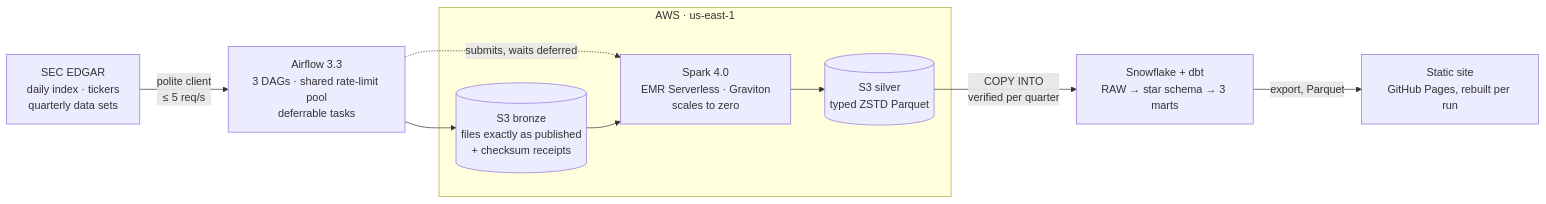
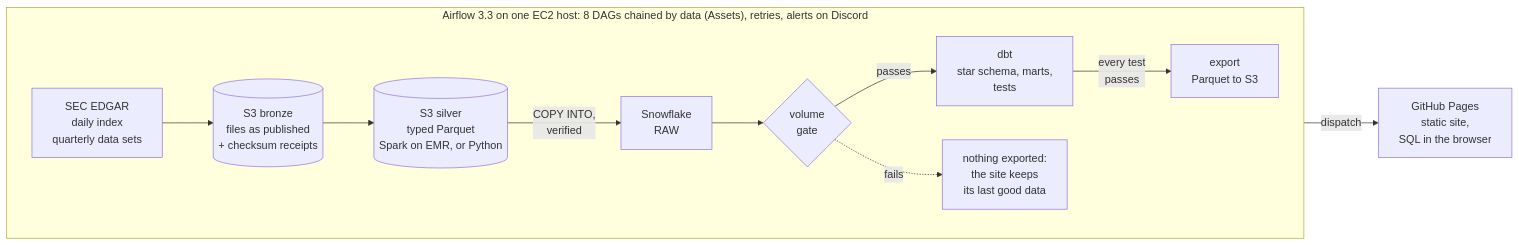
One commit to DiegoFranGarcia/Earnings-Watch changed the diagram in README.md. Above: the diagram before and after it, drawn with Mermaid. The commit also changed other lines of this file, not shown here.

````diff
--- a/README.md
+++ b/README.md
@@ -38,15 +63,14 @@
 ```mermaid
 flowchart LR
-    SEC["SEC EDGAR<br/>daily index · tickers<br/>quarterly data sets"]
-    AF["Airflow 3.3<br/>3 DAGs · shared rate-limit pool<br/>deferrable tasks"]
-    subgraph AWS["AWS · us-east-1"]
-        BR[("S3 bronze<br/>files exactly as published<br/>+ checksum receipts")]
-        EMR["Spark 4.0<br/>EMR Serverless · Graviton<br/>scales to zero"]
-        SI[("S3 silver<br/>typed ZSTD Parquet")]
+    subgraph AF["Airflow 3.3 on one EC2 host: 8 DAGs chained by data (Assets), retries, alerts on Discord"]
+        direction LR
+        SEC["SEC EDGAR<br/>daily index<br/>quarterly data sets"] --> BR[("S3 bronze<br/>files as published<br/>+ checksum receipts")]
+        BR --> SI[("S3 silver<br/>typed Parquet<br/>Spark on EMR, or Python")]
+        SI -->|"COPY INTO,<br/>verified"| RAW["Snowflake<br/>RAW"]
+        RAW --> GATE{"volume<br/>gate"}
+        GATE -->|passes| DBT["dbt<br/>star schema, marts,<br/>tests"]
+        DBT -->|"every test<br/>passes"| EXP["export<br/>Parquet to S3"]
+        GATE -. "fails" .-> HOLD["nothing exported:<br/>the site keeps<br/>its last good data"]
     end
-    DBT["Snowflake + dbt<br/>RAW → star schema → 3 marts"]
-    SITE["Static site<br/>GitHub Pages, rebuilt per run"]
-    SEC -->|"polite client<br/>≤ 5 req/s"| AF --> BR
-    AF -. "submits, waits deferred" .-> EMR
-    BR --> EMR --> SI -->|"COPY INTO<br/>verified per quarter"| DBT -->|"export, Parquet"| SITE
+    EXP -->|"dispatch"| SITE["GitHub Pages<br/>static site,<br/>SQL in the browser"]
 ```
````
